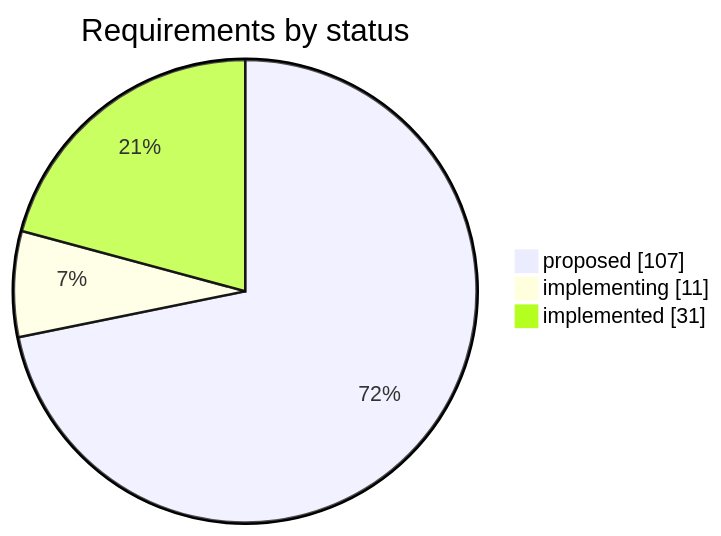
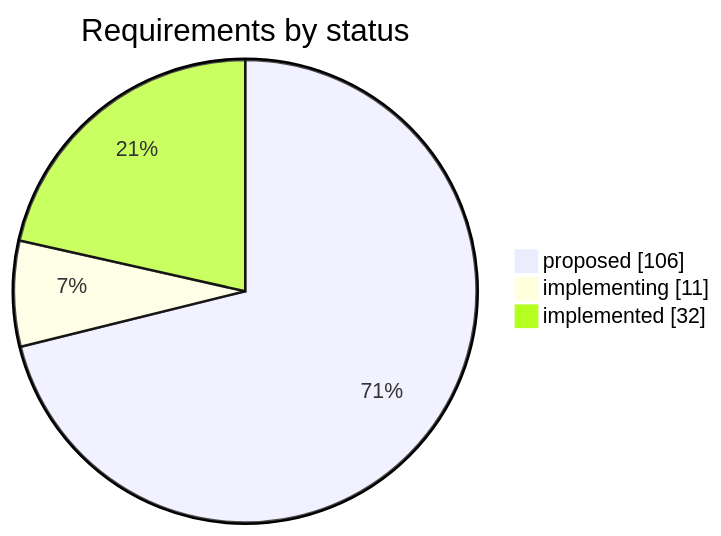
Before and after one commit to iammaxsu/automatic-testing-architecture: the first of 2 diagrams in STATUS.md, drawn with Mermaid. The commit also changed other lines of this file and 7 other files, not shown here.

````diff
--- a/STATUS.md
+++ b/STATUS.md
@@ -25,6 +25,6 @@
 ```mermaid
 pie showData title Requirements by status
-    "proposed" : 107
+    "proposed" : 106
     "implementing" : 11
-    "implemented" : 31
+    "implemented" : 32
 ```
````
